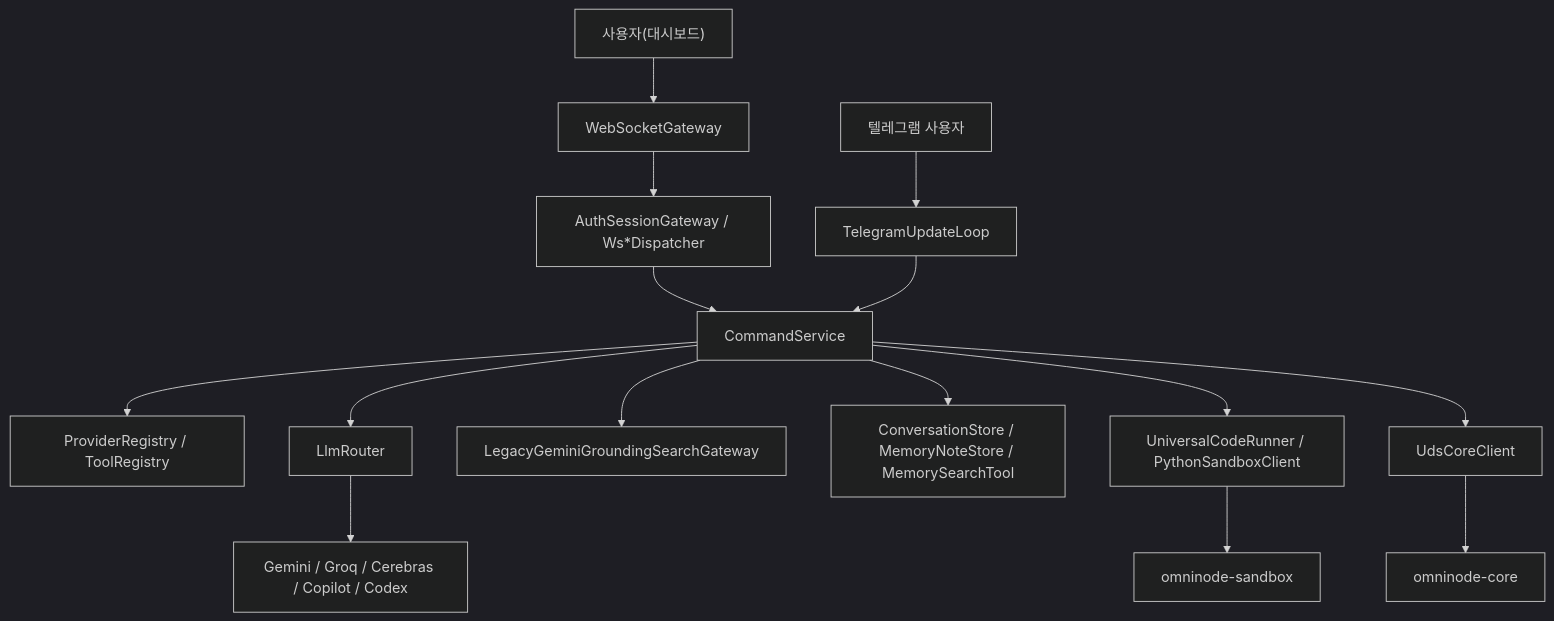
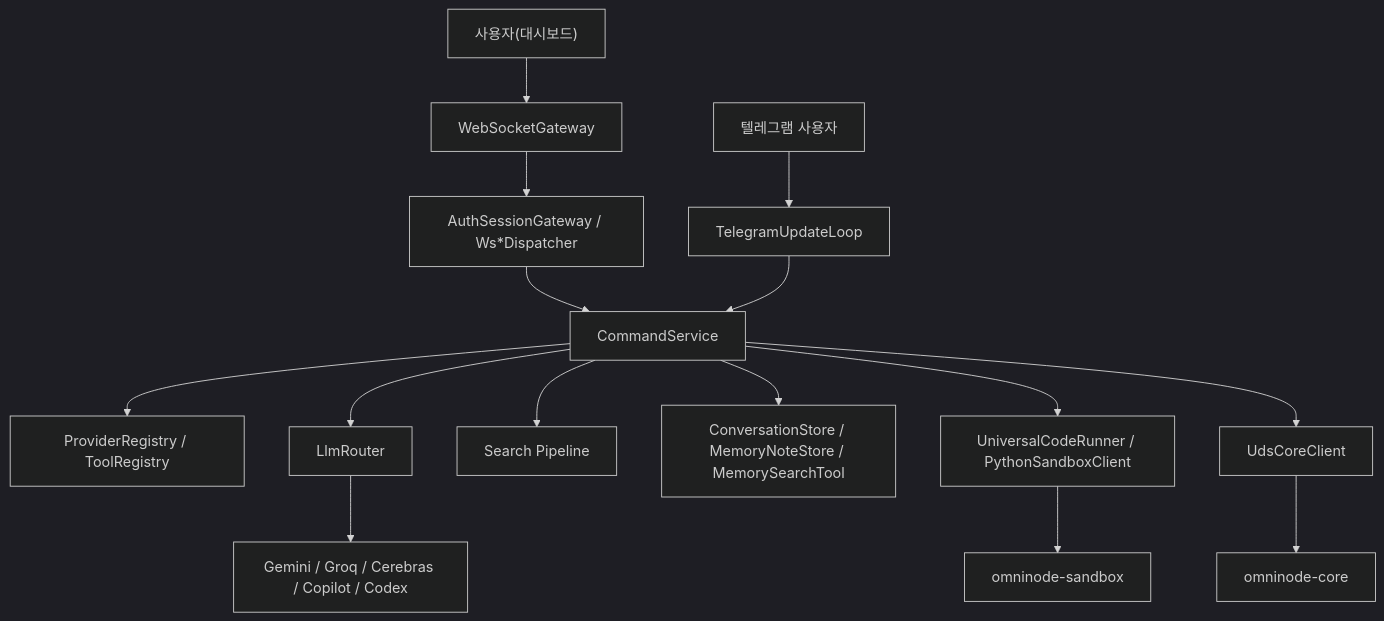
One commit to Tunelts3852/Omni-node changed the diagram in README.md. Above: the diagram before and after it, drawn with Mermaid (dark theme). The commit also changed other lines of this file and 43 other files, not shown here.

````diff
--- a/README.md
+++ b/README.md
@@ -66,17 +69,17 @@
 ```mermaid
 flowchart TD
     U["사용자(대시보드)"] --> G["WebSocketGateway"]
     T["텔레그램 사용자"] --> TL["TelegramUpdateLoop"]
     G --> AUTH["AuthSessionGateway / Ws*Dispatcher"]
     AUTH --> CS["CommandService"]
     TL --> CS
     CS --> PR["ProviderRegistry / ToolRegistry"]
     CS --> LR["LlmRouter"]
-    CS --> SG["LegacyGeminiGroundingSearchGateway"]
+    CS --> SG["Search Pipeline"]
     CS --> MEM["ConversationStore / MemoryNoteStore / MemorySearchTool"]
     CS --> CODE["UniversalCodeRunner / PythonSandboxClient"]
     CS --> UDS["UdsCoreClient"]
     LR --> P["Gemini / Groq / Cerebras / Copilot / Codex"]
     UDS --> CORE["omninode-core"]
     CODE --> SB["omninode-sandbox"]
 ```
````
